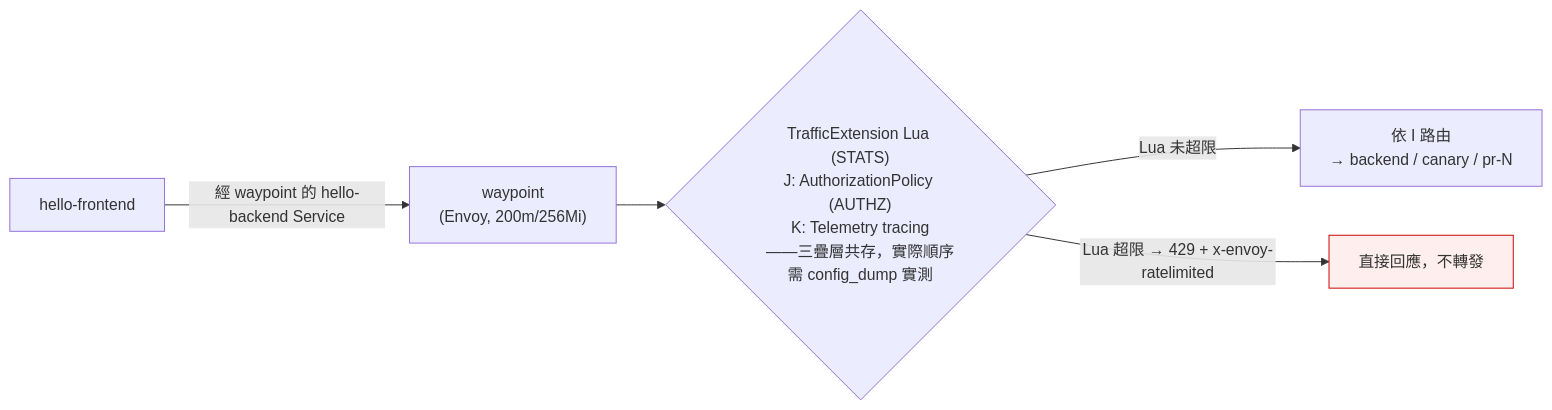
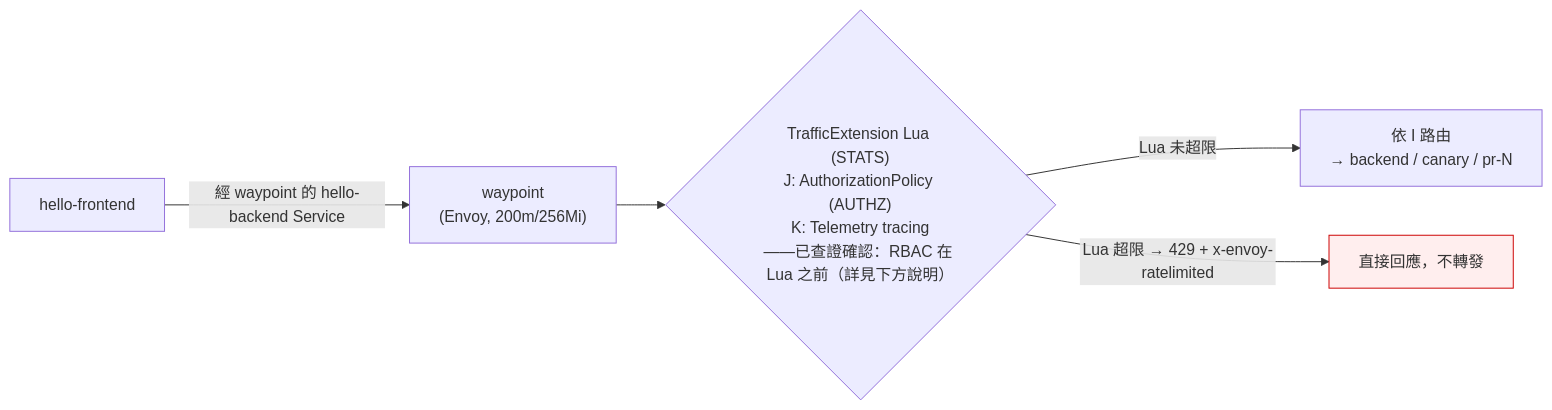
Before and after one commit to Jeromefromcn/docker-gitops: the diagram in docs/superpowers/specs/2026-08-25-k3s-phase-l-ratelimit-design.md, drawn with Mermaid. The commit also changed other lines of this file, not shown here.

````diff
--- a/docs/superpowers/specs/2026-08-25-k3s-phase-l-ratelimit-design.md
+++ b/docs/superpowers/specs/2026-08-25-k3s-phase-l-ratelimit-design.md
@@ -44,9 +44,9 @@
 ```mermaid
 flowchart LR
     fe["hello-frontend"] -->|"經 waypoint 的 hello-backend Service"| waypoint["waypoint\n(Envoy, 200m/256Mi)"]
-    waypoint --> filters{"TrafficExtension Lua (STATS)\nJ: AuthorizationPolicy (AUTHZ)\nK: Telemetry tracing\n——三疊層共存，實際順序需 config_dump 實測"}
+    waypoint --> filters{"TrafficExtension Lua (STATS)\nJ: AuthorizationPolicy (AUTHZ)\nK: Telemetry tracing\n——已查證確認：RBAC 在 Lua 之前（詳見下方說明）"}
     filters -->|"Lua 未超限"| route["依 I 路由\n→ backend / canary / pr-N"]
     filters -->|"Lua 超限 → 429 + x-envoy-ratelimited"| resp["直接回應，不轉發"]
 
     style resp fill:#fee,stroke:#c00
 ```
````
